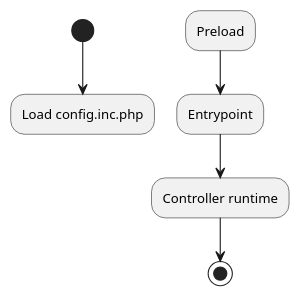
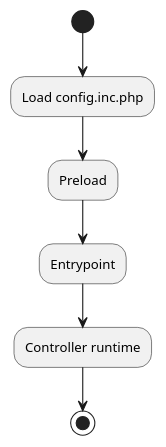
The diagram in stages.puml (javanile/vtiger-preload), drawn with PlantUML before and after one commit.

```diff
--- a/stages.puml
+++ b/stages.puml
@@ -1,11 +1,13 @@
 @startuml
 
 (*) --> "Load config.inc.php"
+
+"Load config.inc.php" --> "Preload"
 
 "Preload" --> "Entrypoint"
 
 "Entrypoint" --> "Controller runtime" 
 
 "Controller runtime" --> (*)
 
 @enduml
```
